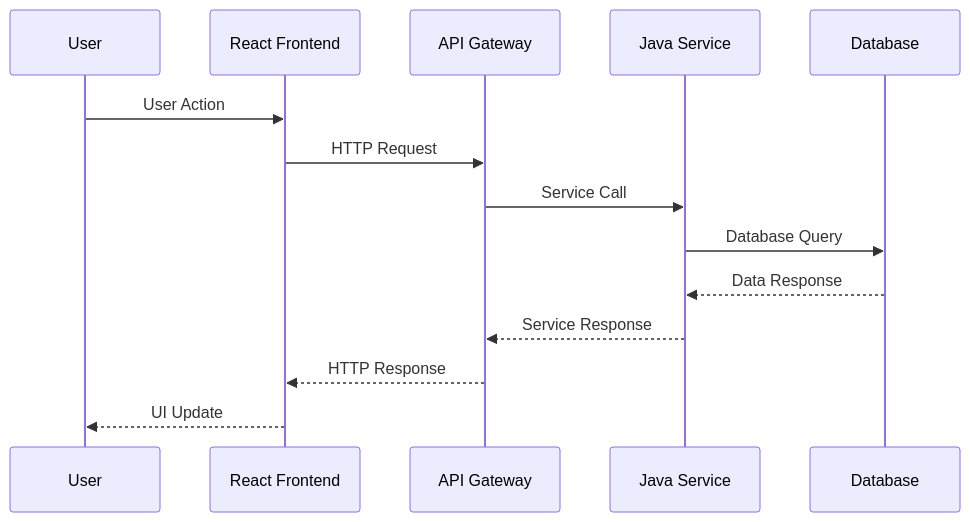
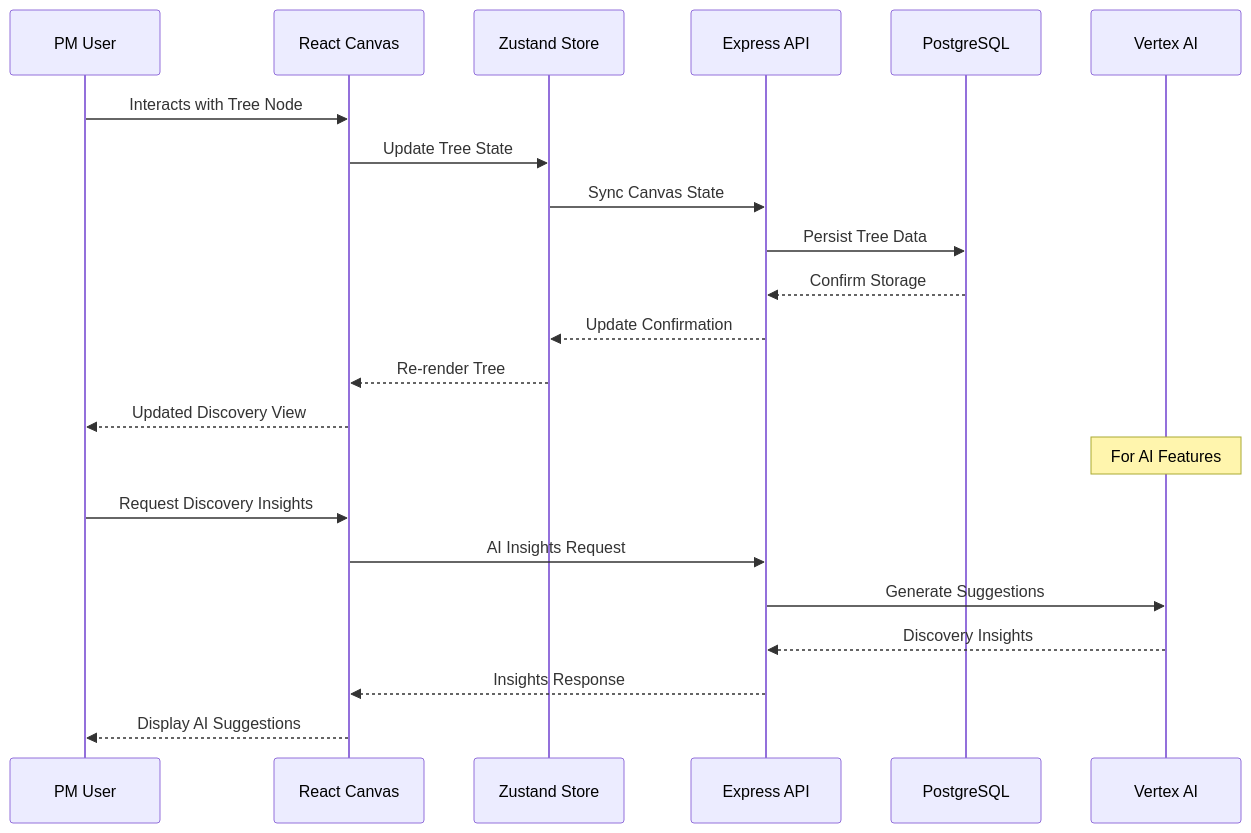
Before and after one commit to catalinviciu/ProductCanvas: the diagram in docs/implementation_plans/implementation_plan_template.md, drawn with Mermaid. The commit also changed other lines of this file and 5 other files, not shown here.

````diff
--- a/docs/implementation_plans/implementation_plan_template.md
+++ b/docs/implementation_plans/implementation_plan_template.md
@@ -415,17 +499,26 @@
 ```mermaid
 sequenceDiagram
-    participant U as User
-    participant F as React Frontend
-    participant A as API Gateway
-    participant S as Java Service
-    participant D as Database
+    participant PM as PM User
+    participant Canvas as React Canvas
+    participant Store as Zustand Store
+    participant API as Express API
+    participant DB as PostgreSQL
+    participant AI as Vertex AI
 
-    U->>F: User Action
-    F->>A: HTTP Request
-    A->>S: Service Call
-    S->>D: Database Query
-    D-->>S: Data Response
-    S-->>A: Service Response
-    A-->>F: HTTP Response
-    F-->>U: UI Update
+    PM->>Canvas: Interacts with Tree Node
+    Canvas->>Store: Update Tree State
+    Store->>API: Sync Canvas State
+    API->>DB: Persist Tree Data
+    DB-->>API: Confirm Storage
+    API-->>Store: Update Confirmation
+    Store-->>Canvas: Re-render Tree
+    Canvas-->>PM: Updated Discovery View
+    
+    Note over AI: For AI Features
+    PM->>Canvas: Request Discovery Insights
+    Canvas->>API: AI Insights Request
+    API->>AI: Generate Suggestions
+    AI-->>API: Discovery Insights
+    API-->>Canvas: Insights Response
+    Canvas-->>PM: Display AI Suggestions
 ```
````
